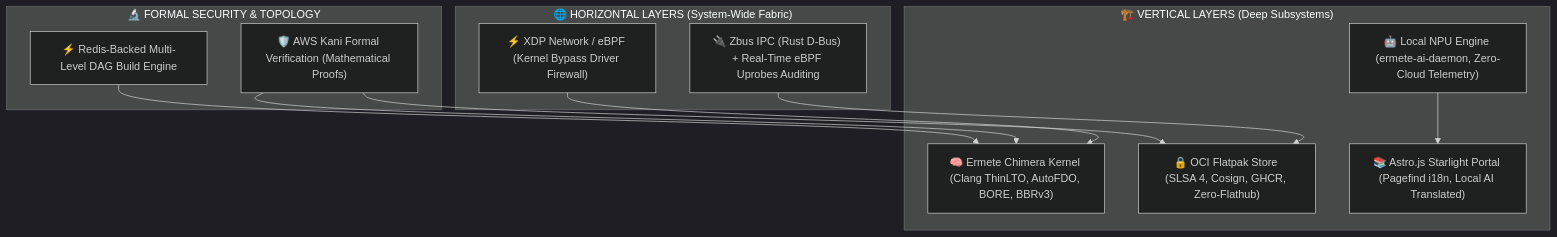
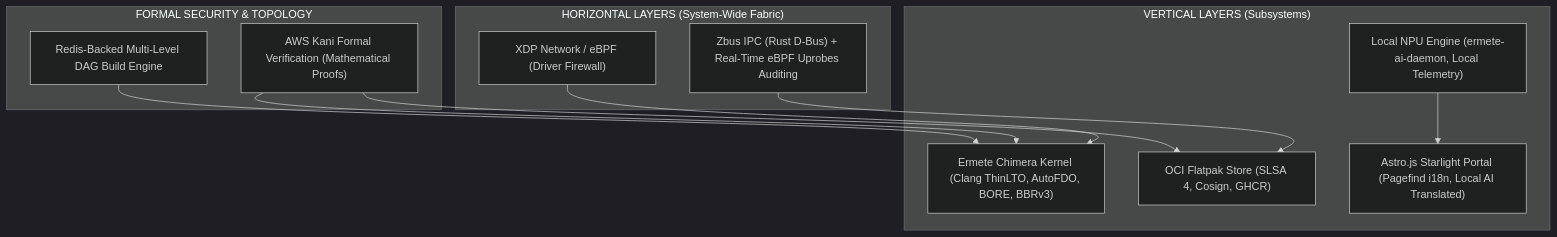
Before and after one commit to hr-mes/ermete-os: the diagram in docs/architecture/ermete_singularity_architecture_v3.md, drawn with Mermaid (dark theme). The commit also changed other lines of this file and 7 other files, not shown here.

````diff
--- a/docs/architecture/ermete_singularity_architecture_v3.md
+++ b/docs/architecture/ermete_singularity_architecture_v3.md
@@ -17,26 +17,26 @@
 ```mermaid
 graph TD
-    subgraph Horizontal_Layers ["🌐 HORIZONTAL LAYERS (System-Wide Fabric)"]
-        XDP["⚡ XDP Network / eBPF (Kernel Bypass Driver Firewall)"]
-        ZBUS["🔌 Zbus IPC (Rust D-Bus) + Real-Time eBPF Uprobes Auditing"]
+    subgraph Horizontal_Layers ["HORIZONTAL LAYERS (System-Wide Fabric)"]
+        XDP["XDP Network / eBPF (Driver Firewall)"]
+        ZBUS["Zbus IPC (Rust D-Bus) + Real-Time eBPF Uprobes Auditing"]
     end
 
-    subgraph Vertical_Layers ["🏗️ VERTICAL LAYERS (Deep Subsystems)"]
-        KERNEL["🧠 Ermete Chimera Kernel (Clang ThinLTO, AutoFDO, BORE, BBRv3)"]
-        STORE["🔒 OCI Flatpak Store (SLSA 4, Cosign, GHCR, Zero-Flathub)"]
-        NPU["🤖 Local NPU Engine (ermete-ai-daemon, Zero-Cloud Telemetry)"]
-        PORTAL["📚 Astro.js Starlight Portal (Pagefind i18n, Local AI Translated)"]
+    subgraph Vertical_Layers ["VERTICAL LAYERS (Subsystems)"]
+        KERNEL["Ermete Chimera Kernel (Clang ThinLTO, AutoFDO, BORE, BBRv3)"]
+        STORE["OCI Flatpak Store (SLSA 4, Cosign, GHCR)"]
+        NPU["Local NPU Engine (ermete-ai-daemon, Local Telemetry)"]
+        PORTAL["Astro.js Starlight Portal (Pagefind i18n, Local AI Translated)"]
     end
 
-    subgraph Assurance ["🔬 FORMAL SECURITY & TOPOLOGY"]
-        KANI["🛡️ AWS Kani Formal Verification (Mathematical Proofs)"]
-        DAG["⚡ Redis-Backed Multi-Level DAG Build Engine"]
+    subgraph Assurance ["FORMAL SECURITY & TOPOLOGY"]
+        KANI["AWS Kani Formal Verification (Mathematical Proofs)"]
+        DAG["Redis-Backed Multi-Level DAG Build Engine"]
     end
 
     XDP --> KERNEL
     ZBUS --> STORE
     NPU --> PORTAL
     KANI --> KERNEL
     KANI --> STORE
     DAG --> KERNEL
 ```
````
